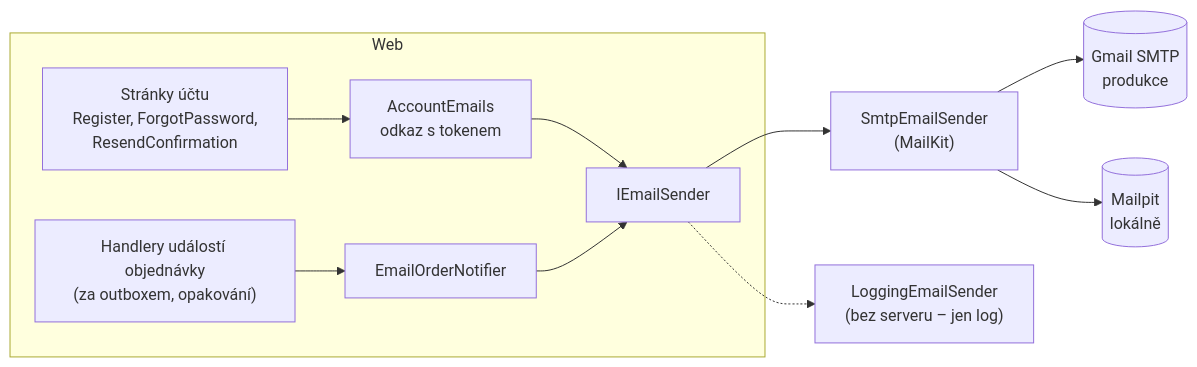
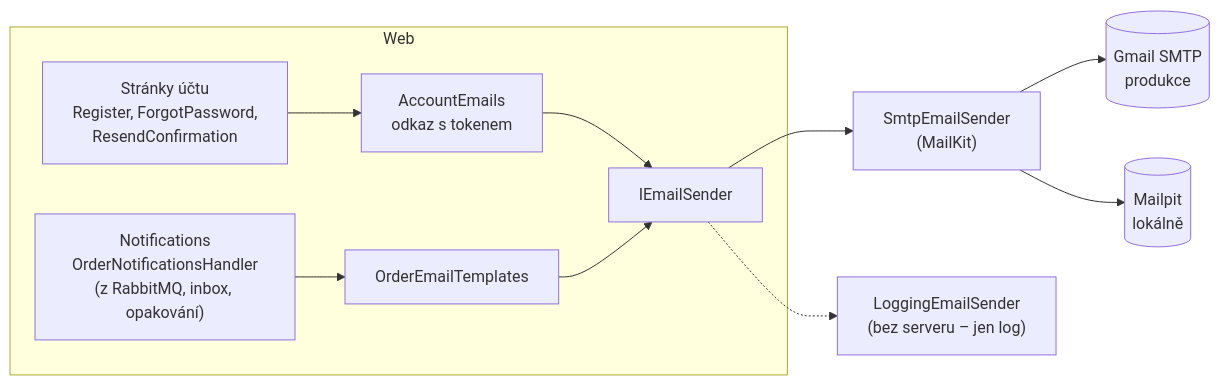
The first of 2 diagrams in docs/prirucka/architektura/emaily.md (ftichy/MiniShop), drawn with Mermaid before and after one commit. The commit also changed other lines of this file and 59 other files, not shown here.

````diff
--- a/docs/prirucka/architektura/emaily.md
+++ b/docs/prirucka/architektura/emaily.md
@@ -20,22 +20,22 @@
 ```mermaid
 flowchart LR
     subgraph web["Web"]
         pages["Stránky účtu<br/>Register, ForgotPassword,<br/>ResendConfirmation"]
         acc["AccountEmails<br/>odkaz s tokenem"]
-        handlers["Handlery událostí objednávky<br/>(za outboxem, opakování)"]
-        notif["EmailOrderNotifier"]
+        handlers["Notifications<br/>OrderNotificationsHandler<br/>(z RabbitMQ, inbox, opakování)"]
+        notif["OrderEmailTemplates"]
         sender["IEmailSender"]
     end
     smtp["SmtpEmailSender<br/>(MailKit)"]
     log["LoggingEmailSender<br/>(bez serveru – jen log)"]
     gmail[("Gmail SMTP<br/>produkce")]
     mailpit[("Mailpit<br/>lokálně")]
 
     pages --> acc --> sender
     handlers --> notif --> sender
     sender --> smtp
     sender -.-> log
     smtp --> gmail
     smtp --> mailpit
-    click handlers "/Docs/eda/outbox"
+    click handlers "/Docs/architektura/moduly/notifications"
 ```
````
